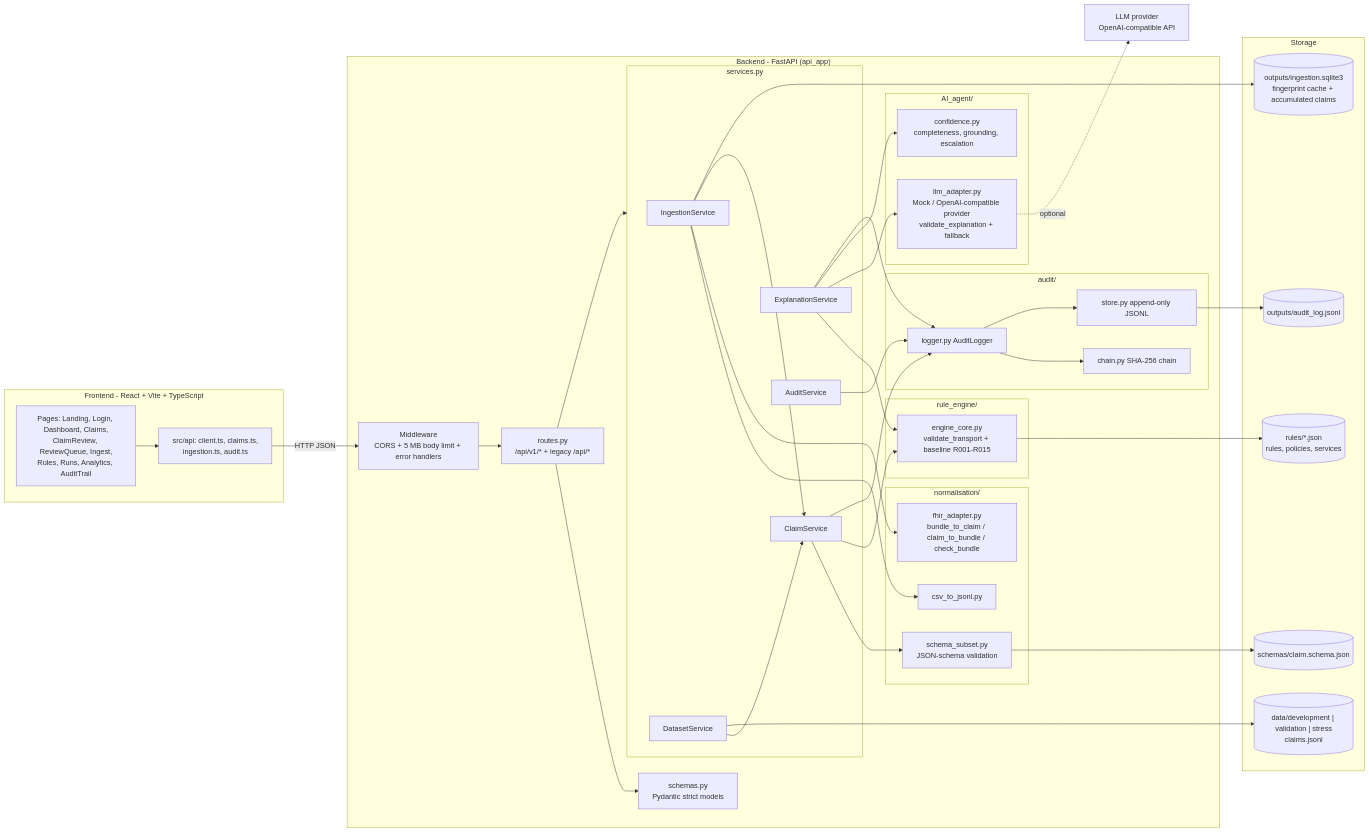
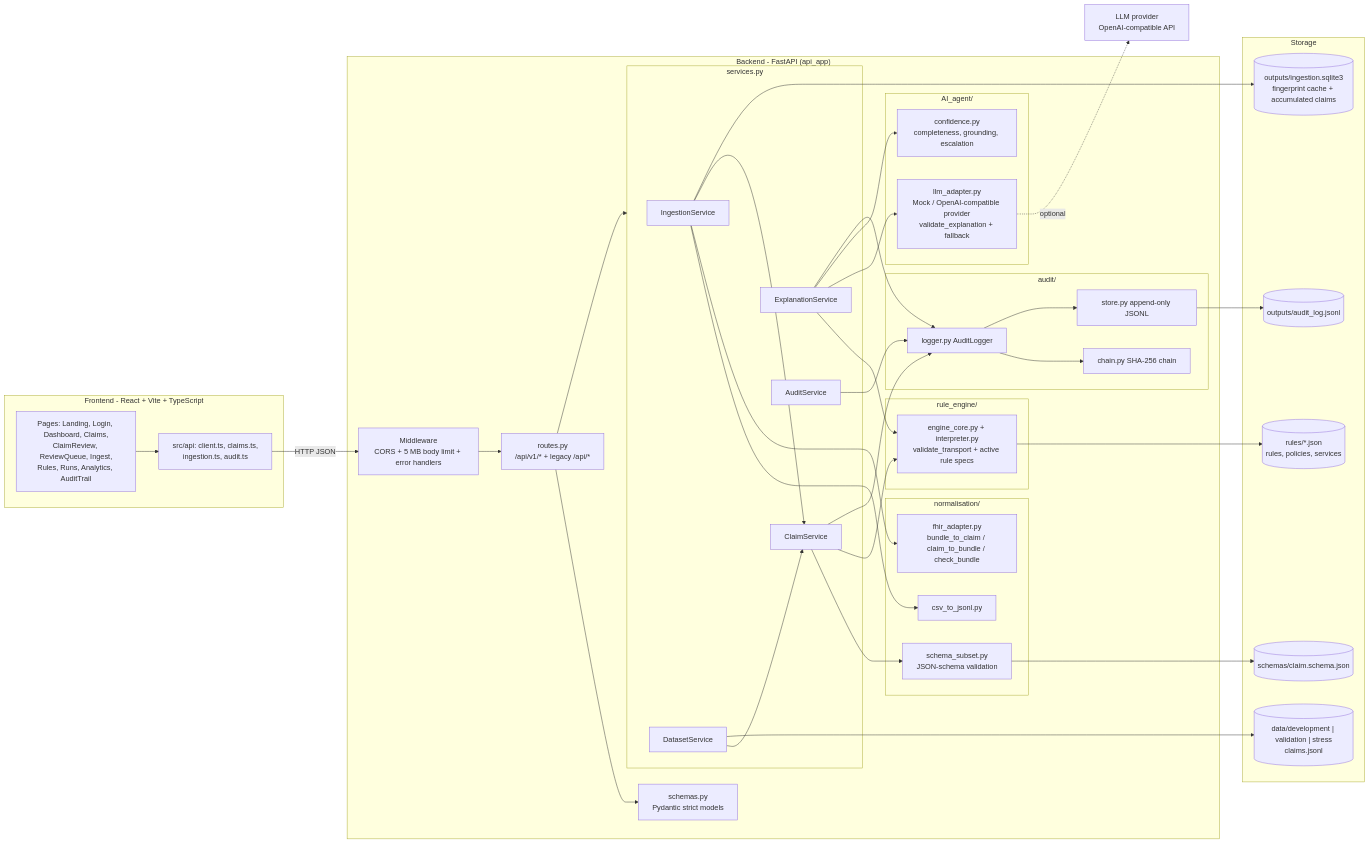
Before and after one commit to kmar-ben-ayed/CSTAM_HealthTech: the first of 3 diagrams in docs/ARCHITECTURE.md, drawn with Mermaid. The commit also changed other lines of this file and 152 other files, not shown here.

````diff
--- a/docs/ARCHITECTURE.md
+++ b/docs/ARCHITECTURE.md
@@ -13,76 +13,76 @@
 ```mermaid
 flowchart LR
     subgraph FE["Frontend - React + Vite + TypeScript"]
         PAGES["Pages: Landing, Login, Dashboard, Claims,<br/>ClaimReview, ReviewQueue, Ingest,<br/>Rules, Runs, Analytics, AuditTrail"]
         APIC["src/api: client.ts, claims.ts,<br/>ingestion.ts, audit.ts"]
         PAGES --> APIC
     end
 
     subgraph BE["Backend - FastAPI (api_app)"]
         MW["Middleware<br/>CORS + 5 MB body limit + error handlers"]
         ROUTES["routes.py<br/>/api/v1/* + legacy /api/*"]
         SCHEMAS["schemas.py<br/>Pydantic strict models"]
 
         subgraph SVC["services.py"]
             ING["IngestionService"]
             CLS["ClaimService"]
             DSS["DatasetService"]
             EXS["ExplanationService"]
             AUS["AuditService"]
         end
 
         subgraph NORM["normalisation/"]
             CSV["csv_to_jsonl.py"]
             FHIR["fhir_adapter.py<br/>bundle_to_claim / claim_to_bundle / check_bundle"]
             SUB["schema_subset.py<br/>JSON-schema validation"]
         end
 
         subgraph RE["rule_engine/"]
-            CORE["engine_core.py<br/>validate_transport + baseline R001-R015"]
+            CORE["engine_core.py + interpreter.py<br/>validate_transport + active rule specs"]
         end
 
         subgraph AI["AI_agent/"]
             LLM["llm_adapter.py<br/>Mock / OpenAI-compatible provider<br/>validate_explanation + fallback"]
             CONF["confidence.py<br/>completeness, grounding, escalation"]
         end
 
         subgraph AUD["audit/"]
             LOGGER["logger.py AuditLogger"]
             CHAIN["chain.py SHA-256 chain"]
             STORE["store.py append-only JSONL"]
         end
     end
 
     subgraph DATA["Storage"]
         RULESF[("rules/*.json<br/>rules, policies, services")]
         SCH[("schemas/claim.schema.json")]
         DS[("data/development | validation | stress<br/>claims.jsonl")]
         SQL[("outputs/ingestion.sqlite3<br/>fingerprint cache + accumulated claims")]
         ALOG[("outputs/audit_log.jsonl")]
     end
 
     EXT["LLM provider<br/>OpenAI-compatible API"]
 
     APIC -->|"HTTP JSON"| MW --> ROUTES
     ROUTES --> SCHEMAS
     ROUTES --> SVC
     ING --> CSV
     ING --> FHIR
     ING --> CLS
     CLS --> SUB
     CLS --> CORE
     DSS --> CLS
     EXS --> CORE
     EXS --> LLM
     EXS --> CONF
     CORE --> RULESF
     SUB --> SCH
     DSS --> DS
     ING --> SQL
     CLS --> LOGGER
     EXS --> LOGGER
     AUS --> LOGGER
     LOGGER --> CHAIN
     LOGGER --> STORE --> ALOG
     LLM -.->|"optional"| EXT
 ```
````
